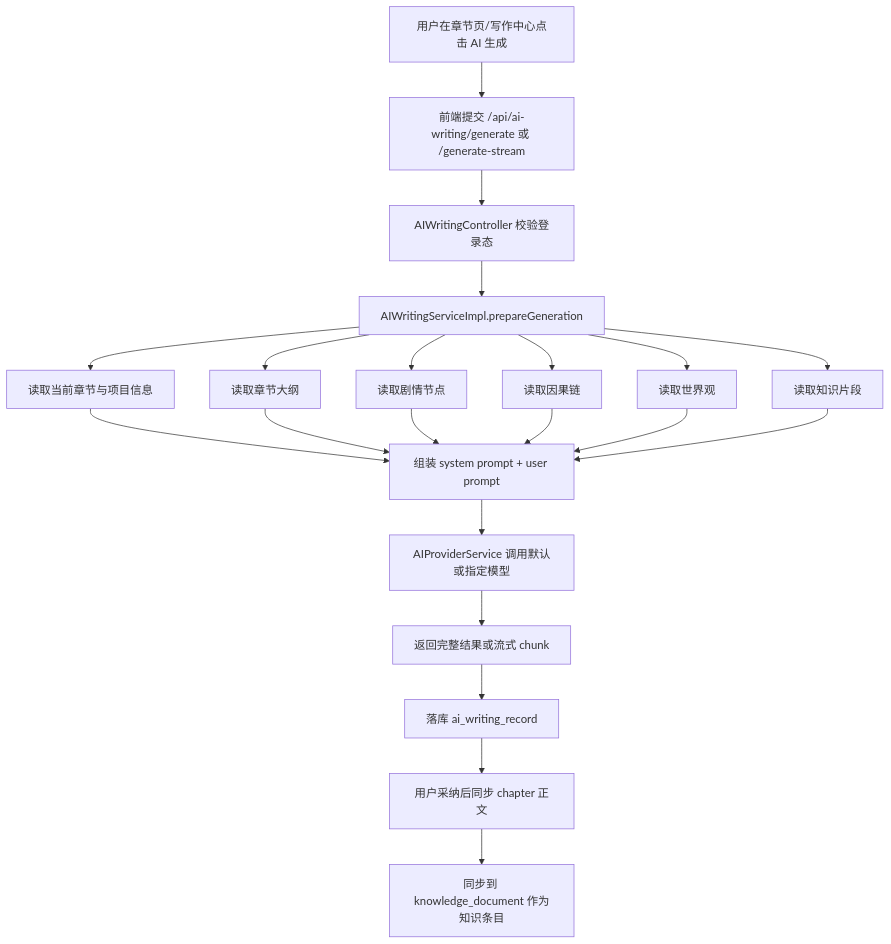
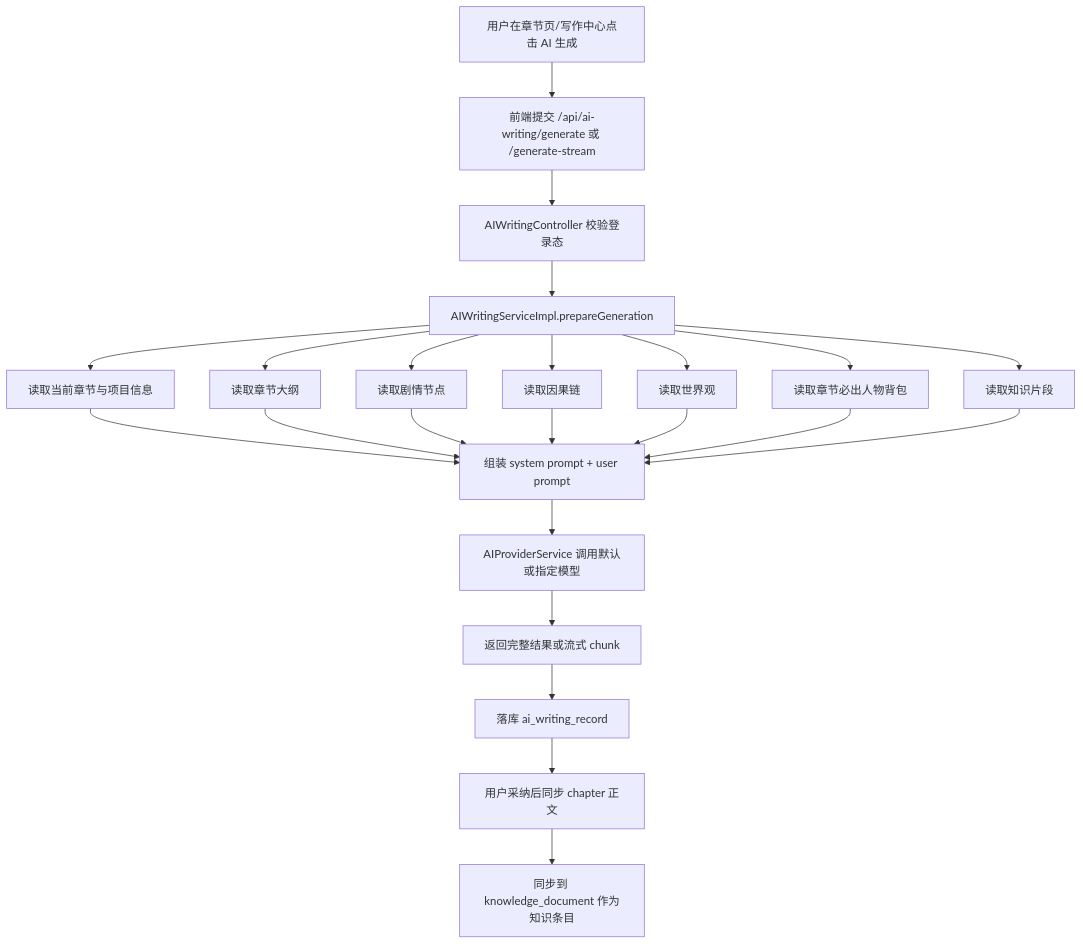
The first of 2 diagrams in docs/ai-context-flow.md (ZYZ-Labs/story-weaver), drawn with Mermaid before and after one commit. The commit also changed other lines of this file and 5 other files, not shown here.

````diff
--- a/docs/ai-context-flow.md
+++ b/docs/ai-context-flow.md
@@ -12,23 +12,25 @@
 ```mermaid
 flowchart TD
     A["用户在章节页/写作中心点击 AI 生成"] --> B["前端提交 /api/ai-writing/generate 或 /generate-stream"]
     B --> C["AIWritingController 校验登录态"]
     C --> D["AIWritingServiceImpl.prepareGeneration"]
     D --> E["读取当前章节与项目信息"]
     D --> F["读取章节大纲"]
     D --> G["读取剧情节点"]
     D --> H["读取因果链"]
     D --> I["读取世界观"]
+    D --> I2["读取章节必出人物背包"]
     D --> J["读取知识片段"]
     E --> K["组装 system prompt + user prompt"]
     F --> K
     G --> K
     H --> K
     I --> K
+    I2 --> K
     J --> K
     K --> L["AIProviderService 调用默认或指定模型"]
     L --> M["返回完整结果或流式 chunk"]
     M --> N["落库 ai_writing_record"]
     N --> O["用户采纳后同步 chapter 正文"]
     O --> P["同步到 knowledge_document 作为知识条目"]
 ```
````
